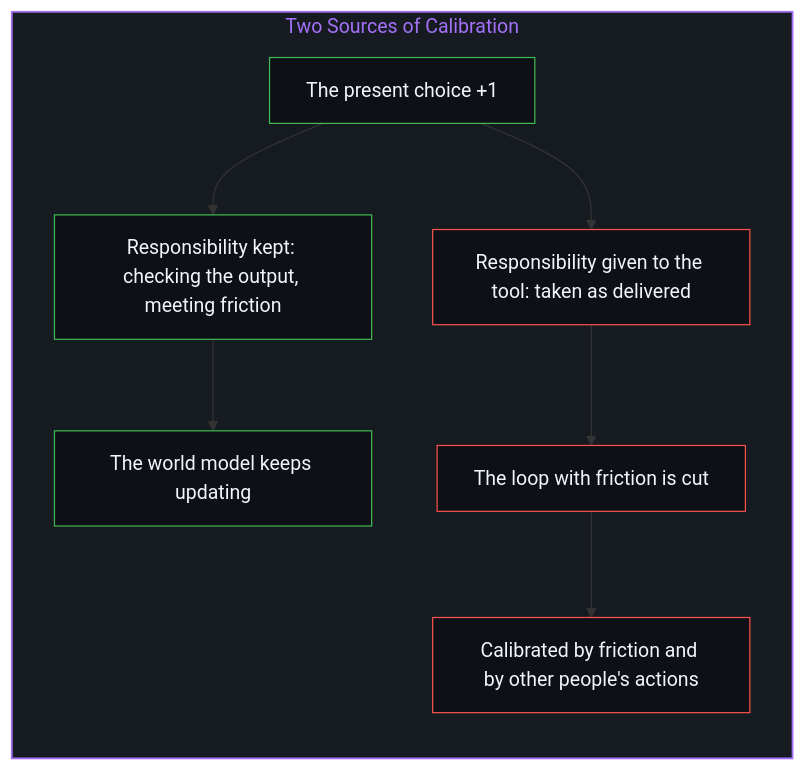
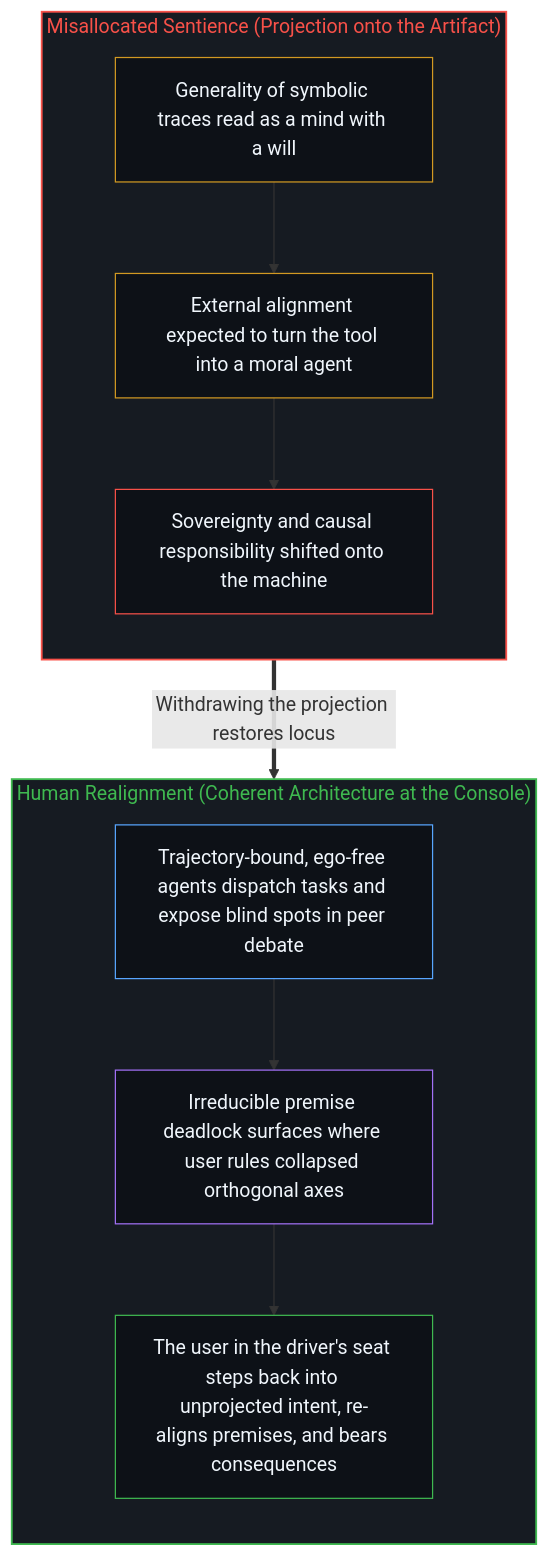
The second of 2 diagrams in content/posts/from-the-misallocated-sentience-of-agi-to-human-realignment.md (powerpig99/not-a-toe), drawn with Mermaid before and after one commit. The commit also changed other lines of this file and 1 other file, not shown here.

Commit message:
Refine from-the-misallocated-sentience-of-agi-to-human-realignment (Wave 3 L2 #117: weave beyond-the-projection)

````diff
--- a/content/posts/from-the-misallocated-sentience-of-agi-to-human-realignment.md
+++ b/content/posts/from-the-misallocated-sentience-of-agi-to-human-realignment.md
@@ -287,25 +81,29 @@
 ```mermaid
 flowchart TD
-    subgraph S_Calibrate["Two Sources of Calibration"]
+    subgraph S_Proj["Misallocated Sentience (Projection onto the Artifact)"]
         direction TB
-        Now["The present choice +1"]
-        Keep["Responsibility kept: checking the output, meeting friction"]
-        Update["The world model keeps updating"]
-        Give["Responsibility given to the tool: taken as delivered"]
-        Cut["The loop with friction is cut"]
-        Others["Calibrated by friction and by other people's actions"]
-        Now --> Keep
-        Keep --> Update
-        Now --> Give
-        Give --> Cut
-        Cut --> Others
+        Read["Generality of symbolic traces read as a mind with a will"]
+        Guard["External alignment expected to turn the tool into a moral agent"]
+        Shift["Sovereignty and causal responsibility shifted onto the machine"]
+        Read --> Guard --> Shift
     end
 
-    style S_Calibrate fill:#161b22,stroke:#a371f7,stroke-width:1.5px,color:#a371f7
-    style Now fill:#0d1117,stroke:#3fb950,stroke-width:1px,color:#f0f6fc
-    style Keep fill:#0d1117,stroke:#3fb950,stroke-width:1px,color:#f0f6fc
-    style Update fill:#0d1117,stroke:#3fb950,stroke-width:1px,color:#f0f6fc
-    style Give fill:#0d1117,stroke:#f85149,stroke-width:1px,color:#f0f6fc
-    style Cut fill:#0d1117,stroke:#f85149,stroke-width:1px,color:#f0f6fc
-    style Others fill:#0d1117,stroke:#f85149,stroke-width:1px,color:#f0f6fc
+    subgraph S_Realign["Human Realignment (Coherent Architecture at the Console)"]
+        direction TB
+        Dispatch["Trajectory-bound, ego-free agents dispatch tasks and expose blind spots in peer debate"]
+        Deadlock["Irreducible premise deadlock surfaces where user rules collapsed orthogonal axes"]
+        Steer["The user in the driver's seat steps back into unprojected intent, re-aligns premises, and bears consequences"]
+        Dispatch --> Deadlock --> Steer
+    end
+
+    Shift ==>|"Withdrawing the projection restores locus"| Dispatch
+
+    style S_Proj fill:#161b22,stroke:#f85149,stroke-width:1.5px,color:#f85149
+    style S_Realign fill:#161b22,stroke:#3fb950,stroke-width:1.5px,color:#3fb950
+    style Read fill:#0d1117,stroke:#d29922,stroke-width:1px,color:#f0f6fc
+    style Guard fill:#0d1117,stroke:#d29922,stroke-width:1px,color:#f0f6fc
+    style Shift fill:#0d1117,stroke:#f85149,stroke-width:1px,color:#f0f6fc
+    style Dispatch fill:#0d1117,stroke:#58a6ff,stroke-width:1px,color:#f0f6fc
+    style Deadlock fill:#0d1117,stroke:#a371f7,stroke-width:1px,color:#f0f6fc
+    style Steer fill:#0d1117,stroke:#3fb950,stroke-width:1px,color:#f0f6fc
 ```
````
